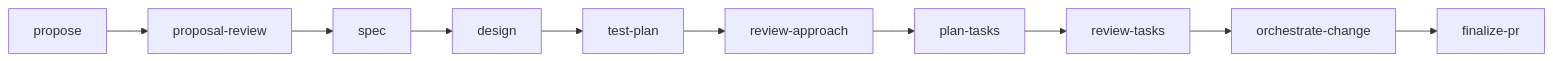
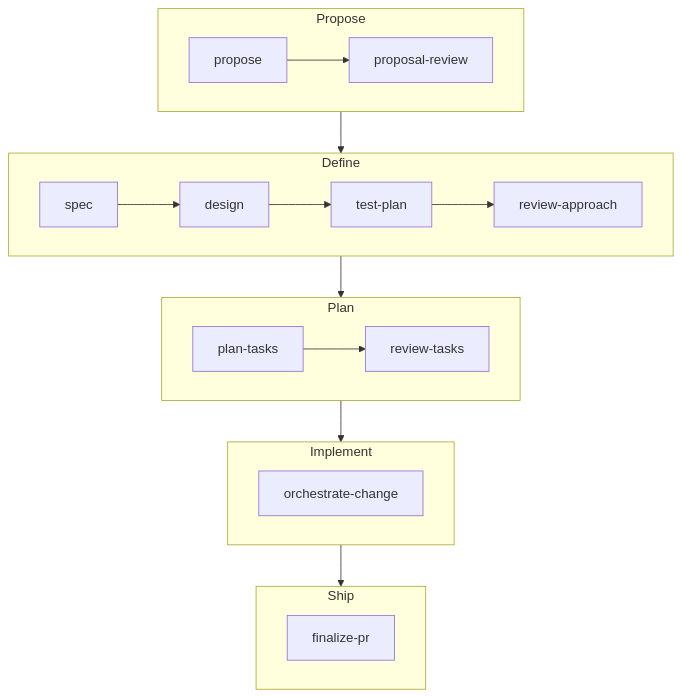
The second of 2 diagrams in README.md (Codagent-AI/agent-skills), drawn with Mermaid before and after one commit.

Commit message:
docs: group full-path diagram into stacked stages
Claude-Session: https://claude.ai/code/session_01McbDvhznUPVGP5k9YQAqWr

````diff
--- a/README.md
+++ b/README.md
@@ -59,6 +59,24 @@
 ```mermaid
-flowchart LR
-  P[propose] --> PR[proposal-review] --> S[spec] --> D[design] --> T[test-plan]
-  T --> RA[review-approach] --> PT[plan-tasks] --> RT[review-tasks]
-  RT --> I[orchestrate-change] --> F[finalize-pr]
+flowchart TB
+  subgraph Propose
+    direction LR
+    P[propose] --> PR[proposal-review]
+  end
+  subgraph Define
+    direction LR
+    S[spec] --> D[design] --> T[test-plan] --> RA[review-approach]
+  end
+  subgraph Plan
+    direction LR
+    PT[plan-tasks] --> RT[review-tasks]
+  end
+  subgraph Implement
+    direction LR
+    I[orchestrate-change]
+  end
+  subgraph Ship
+    direction LR
+    F[finalize-pr]
+  end
+  Propose --> Define --> Plan --> Implement --> Ship
 ```
````
